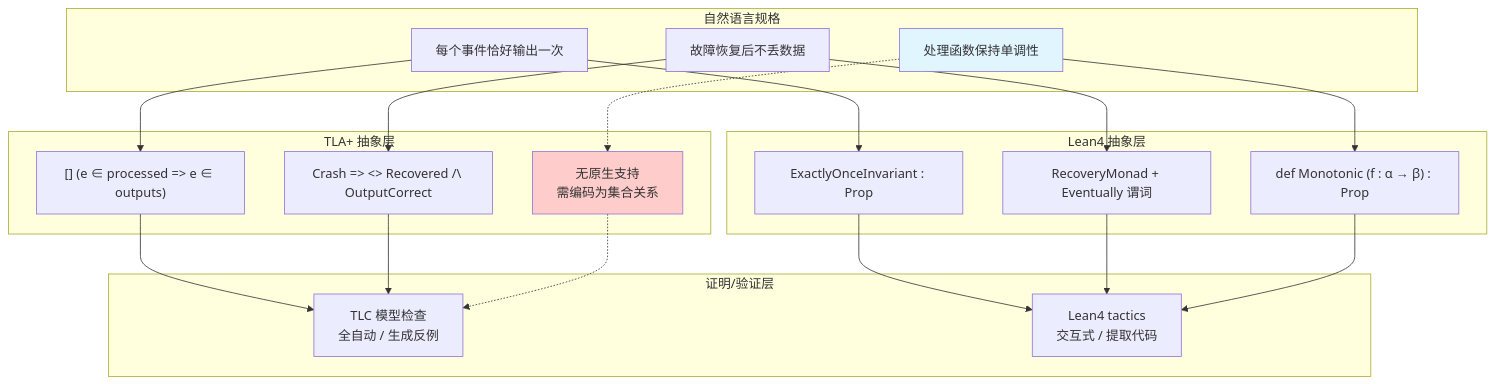
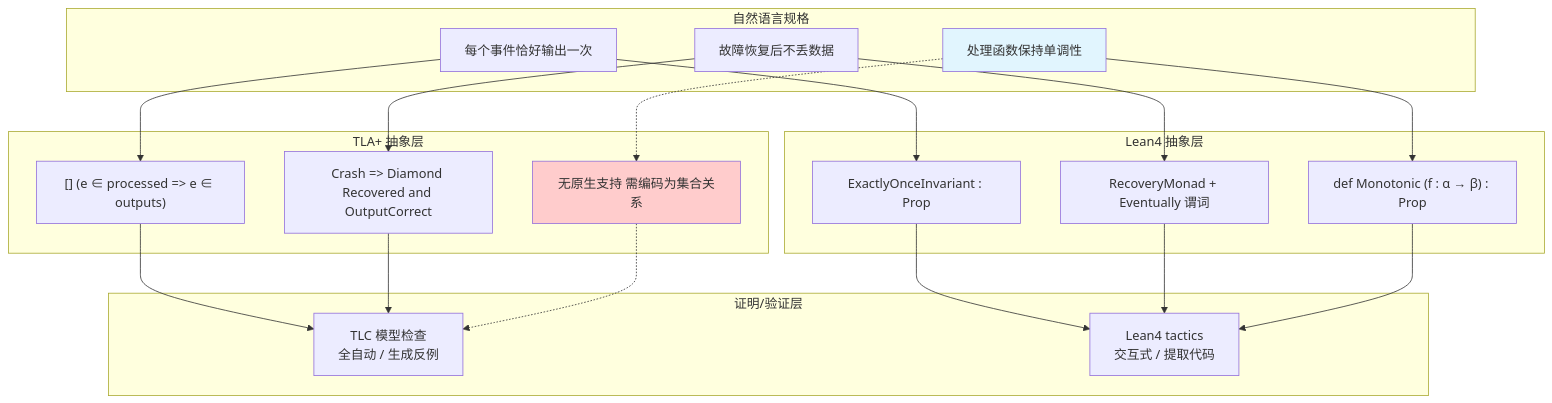
The first of 2 diagrams in Struct/06-frontier/tla-vs-lean4-expressiveness.md (AdaMartin18010/AnalysisDataFlow), drawn with Mermaid before and after one commit. The commit also changed 80 other files, not shown here.

````diff
--- a/Struct/06-frontier/tla-vs-lean4-expressiveness.md
+++ b/Struct/06-frontier/tla-vs-lean4-expressiveness.md
@@ -570,42 +570,42 @@
 ```mermaid
 graph TB
     subgraph NL["自然语言规格"]
         N1["每个事件恰好输出一次"]
         N2["故障恢复后不丢数据"]
         N3["处理函数保持单调性"]
     end
 
     subgraph TLA["TLA+ 抽象层"]
         T1["[] (e ∈ processed => e ∈ outputs)"]
-        T2["Crash => <> Recovered /\ OutputCorrect"]
-        T3["无原生支持<br/>需编码为集合关系"]
+        T2["Crash => Diamond Recovered and OutputCorrect"]
+        T3["无原生支持 需编码为集合关系"]
     end
 
     subgraph Lean["Lean4 抽象层"]
         L1["ExactlyOnceInvariant : Prop"]
         L2["RecoveryMonad + Eventually 谓词"]
         L3["def Monotonic (f : α → β) : Prop"]
     end
 
     subgraph Proof["证明/验证层"]
         P1["TLC 模型检查<br/>全自动 / 生成反例"]
         P2["Lean4 tactics<br/>交互式 / 提取代码"]
     end
 
     N1 --> T1
     N1 --> L1
     N2 --> T2
     N2 --> L2
     N3 -.-> T3
     N3 --> L3
 
     T1 --> P1
     T2 --> P1
     T3 -.-> P1
     L1 --> P2
     L2 --> P2
     L3 --> P2
 
     style T3 fill:#ffcccc
     style N3 fill:#e1f5fe
 ```
````
